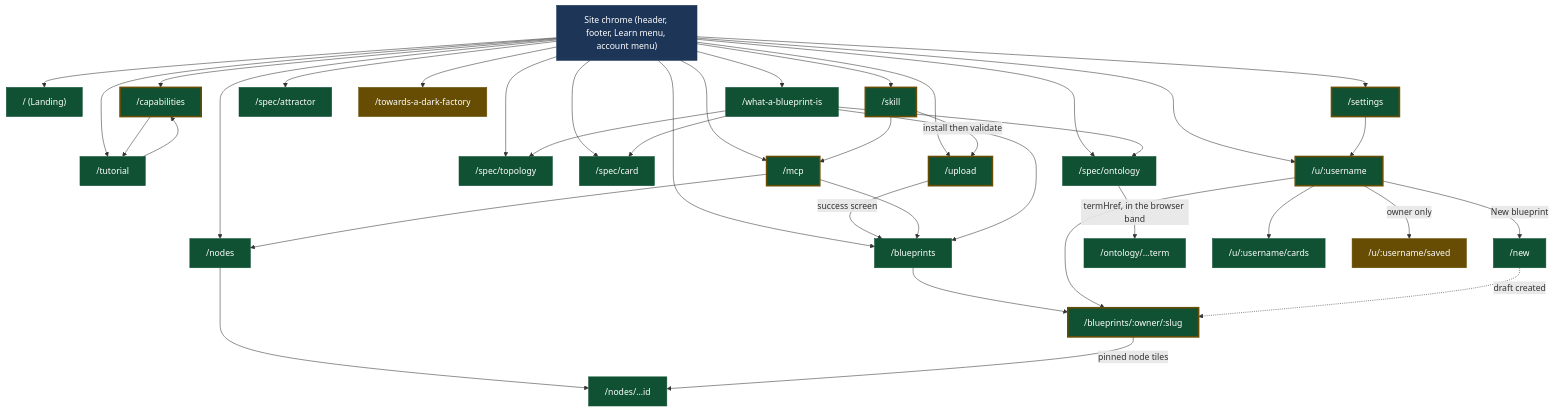
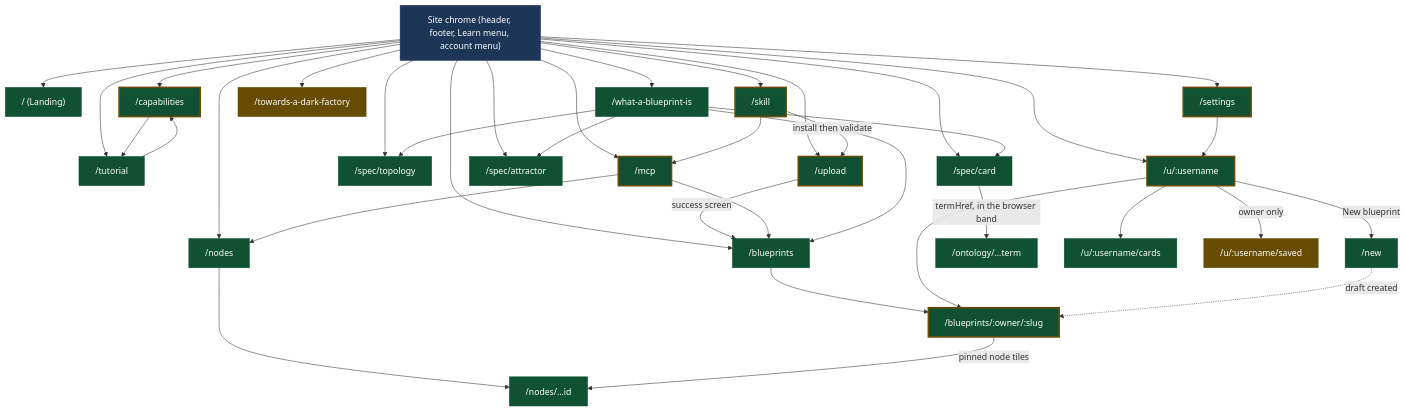
Before and after one commit to darkprint/darkprint: the diagram in docs/architecture/routes.md, drawn with Mermaid. The commit also changed other lines of this file and 41 other files, not shown here.

```diff
--- a/docs/architecture/routes.md
+++ b/docs/architecture/routes.md
@@ -434,7 +469,6 @@
   skill["/skill"]
   specTopology["/spec/topology"]
   specCard["/spec/card"]
-  specOntology["/spec/ontology"]
   specAttractor["/spec/attractor"]
   darkFactory["/towards-a-dark-factory"]
   profile["/u/:username"]
@@ -453,7 +487,6 @@
   chrome --> skill
   chrome --> specTopology
   chrome --> specCard
-  chrome --> specOntology
   chrome --> specAttractor
   chrome --> darkFactory
   chrome --> profile
@@ -469,13 +502,14 @@
   mcp --> blueprints
   mcp --> nodes
   whatIsBlueprint --> blueprints
+  whatIsBlueprint --> specAttractor
   whatIsBlueprint --> specTopology
   whatIsBlueprint --> specCard
-  whatIsBlueprint --> specOntology
-  %% 2026-09-06: the owner folded the browser into /spec/ontology and deleted /ontology,
-  %% so the node and its three edges are gone and the door to a term hangs here instead.
-  %% /ontology is a redirect now and redirects are not drawn in this graph.
-  specOntology -->|"termHref, in the browser band"| ontologyTerm
+  %% 2026-09-06, twice. The owner first folded the browser into /spec/ontology and deleted
+  %% /ontology; later the same day /spec/ontology folded into /spec/card and was deleted too
+  %% (D-156). So the door to a term has moved twice and hangs here now. Both /ontology and
+  %% /spec/ontology are redirects, and redirects are not drawn in this graph.
+  specCard -->|"termHref, in the browser band"| ontologyTerm
   blueprintSlug -->|"pinned node tiles"| nodeId
   capabilities --> tutorial
   tutorial --> capabilities
@@ -483,7 +517,7 @@
   %% T280: Blueprints took the segmentless slot — profile's own shelf rows link straight
   %% to blueprintSlug (blueprintHref), and /u/:username/blueprints (the tab's old address)
   %% is a redirect nothing currently links to, so it is not drawn — the same treatment the
-  %% fifteen next.config.ts redirects already get in this graph.
+  %% sixteen next.config.ts redirects already get in this graph.
   profile --> blueprintSlug
   profile -->|"New blueprint"| newBundle
   profile --> profileCards
@@ -491,7 +525,7 @@
   newBundle -.->|"draft created"| blueprintSlug
   settings --> profile
 
-  class home,blueprints,tutorial,nodes,nodeId,ontologyTerm,whatIsBlueprint,specTopology,specCard,specOntology,specAttractor,profileCards,newBundle live
+  class home,blueprints,tutorial,nodes,nodeId,ontologyTerm,whatIsBlueprint,specTopology,specCard,specAttractor,profileCards,newBundle live
   class capabilities mixed
   class darkFactory,profileSaved mock
   class blueprintSlug,settings,skill,mcp,profile,upload mixed
```
